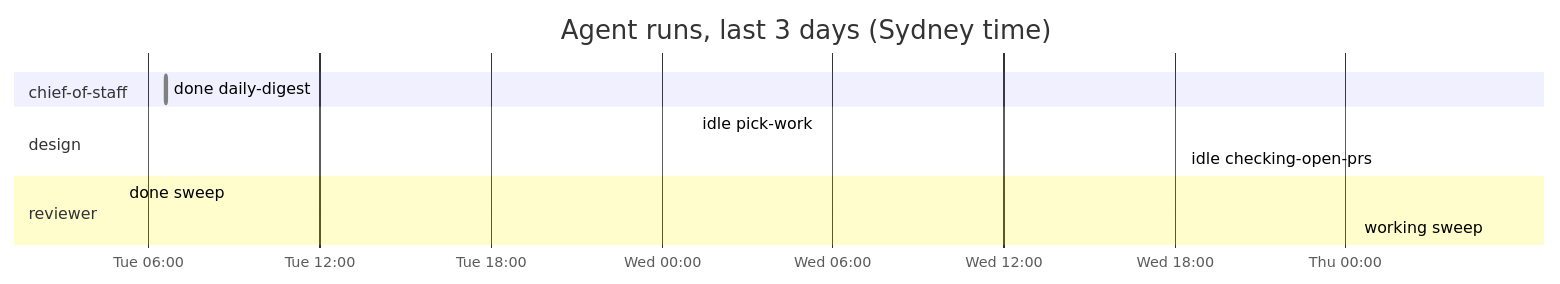
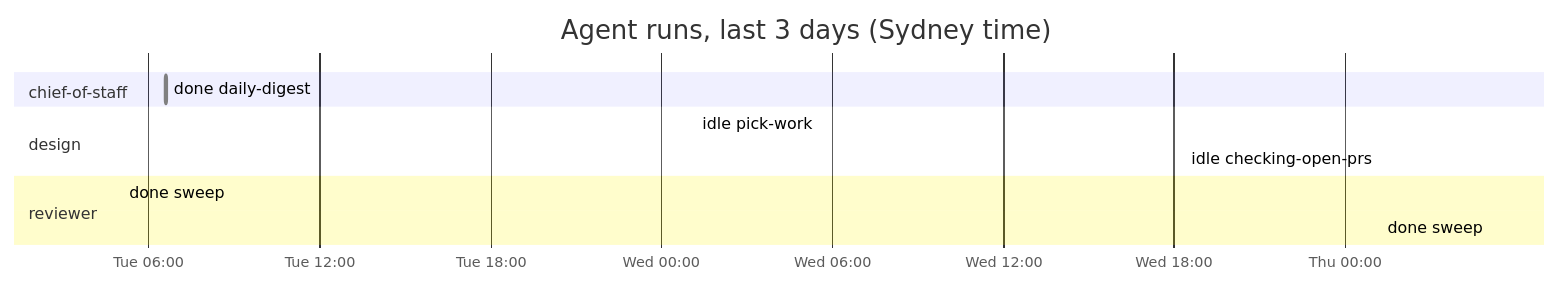
The diagram in dashboard.md (roulmediateam-byte/fifteen-expert-hq), drawn with Mermaid before and after one commit. The commit also changed other lines of this file and 1 other file, not shown here.

````diff
--- a/dashboard.md
+++ b/dashboard.md
@@ -37,14 +37,14 @@
 ```mermaid
 gantt
     title Agent runs, last 3 days (Sydney time)
     dateFormat YYYY-MM-DD HH:mm
     axisFormat %a %H:%M
     section chief-of-staff
     done daily-digest :done, 2026-11-10 06:35, 2026-11-10 06:37
     section design
     idle pick-work :done, 2026-11-11 01:12, 2026-11-11 01:12
     idle checking-open-prs :done, 2026-11-12 01:11, 2026-11-12 01:12
     section reviewer
     done sweep :done, 2026-11-10 05:04, 2026-11-10 05:05
-    working sweep :active, 2026-11-12 05:05, 2026-11-12 05:05
+    done sweep :done, 2026-11-12 05:05, 2026-11-12 05:06
 ```
````
